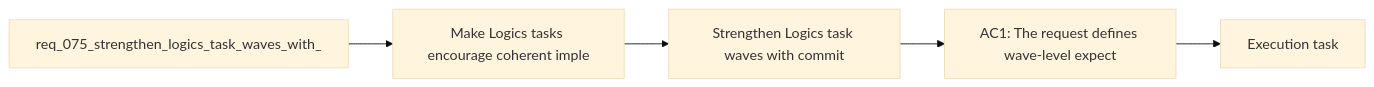
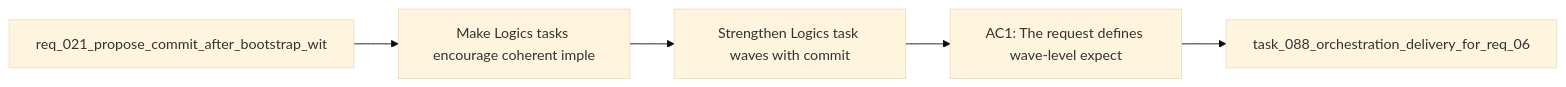
The diagram in logics/backlog/item_098_strengthen_logics_task_waves_with_commit_and_documentation_update_checkpoints.md (AlexAgo83/logics-manager), drawn with Mermaid (base theme) before and after one commit. The commit also changed other lines of this file and 481 other files, not shown here.

````diff
--- a/logics/backlog/item_098_strengthen_logics_task_waves_with_commit_and_documentation_update_checkpoints.md
+++ b/logics/backlog/item_098_strengthen_logics_task_waves_with_commit_and_documentation_update_checkpoints.md
@@ -22,9 +22,9 @@
 ```mermaid
 %% logics-kind: backlog
 %% logics-signature: backlog|strengthen-logics-task-waves-with-commit|req-021-propose-commit-after-bootstrap-w|make-logics-tasks-encourage-coherent-imp|ac1-the-request-defines-wave-level-expec
 flowchart LR
-    Request[req_075_strengthen_logics_task_waves_with_] --> Problem[Make Logics tasks encourage coherent imple]
+    Request[req_021_propose_commit_after_bootstrap_wit] --> Problem[Make Logics tasks encourage coherent imple]
     Problem --> Scope[Strengthen Logics task waves with commit]
     Scope --> Acceptance[AC1: The request defines wave-level expect]
-    Acceptance --> Tasks[Execution task]
+    Acceptance --> Tasks[task_088_orchestration_delivery_for_req_06]
 ```
````
